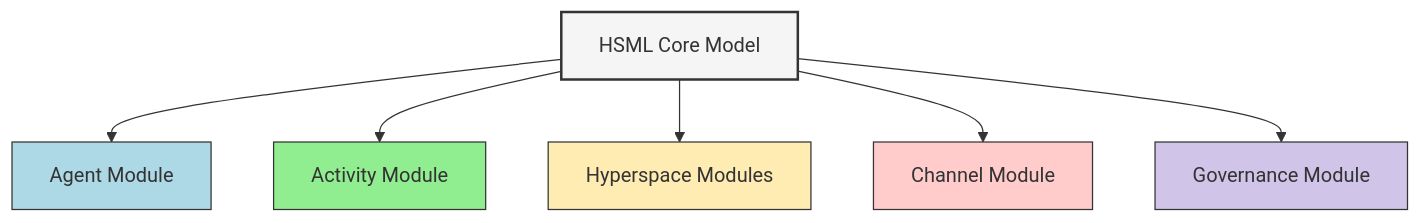
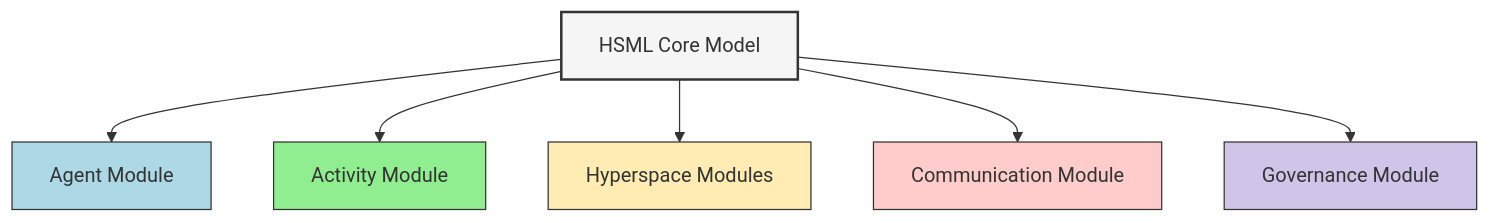
The diagram in specification/sections/hsml_modules.mermaid (metanorma/swf-std-2-HSML-Implementation-specification), drawn with Mermaid before and after one commit. The commit also changed other lines of this file and 2 other files, not shown here.

Commit message:
Change Channel to Communication module

```diff
--- a/specification/sections/hsml_modules.mermaid
+++ b/specification/sections/hsml_modules.mermaid
@@ -1,26 +1,26 @@
 graph TB
 
     A["HSML Core Model"]
 
     %% top-level modules
     B["Agent Module"]
     C["Activity Module"]
     D["Hyperspace Modules"]
-    E["Channel Module"]
+    E["Communication Module"]
     F["Governance Module"]
 
     %% hierarchy
     A --> B
     A --> C
     A --> D
     A --> E
     A --> F
 
 
     %% colors
     style A fill:#f5f5f5,stroke:#333,stroke-width:2px
     style B fill:#add8e6,stroke:#333,stroke-width:1px
     style C fill:#90ee90,stroke:#333,stroke-width:1px
     style D fill:#ffecb3,stroke:#333,stroke-width:1px
     style E fill:#ffcccb,stroke:#333,stroke-width:1px
     style F fill:#d1c4e9,stroke:#333,stroke-width:1px
```
